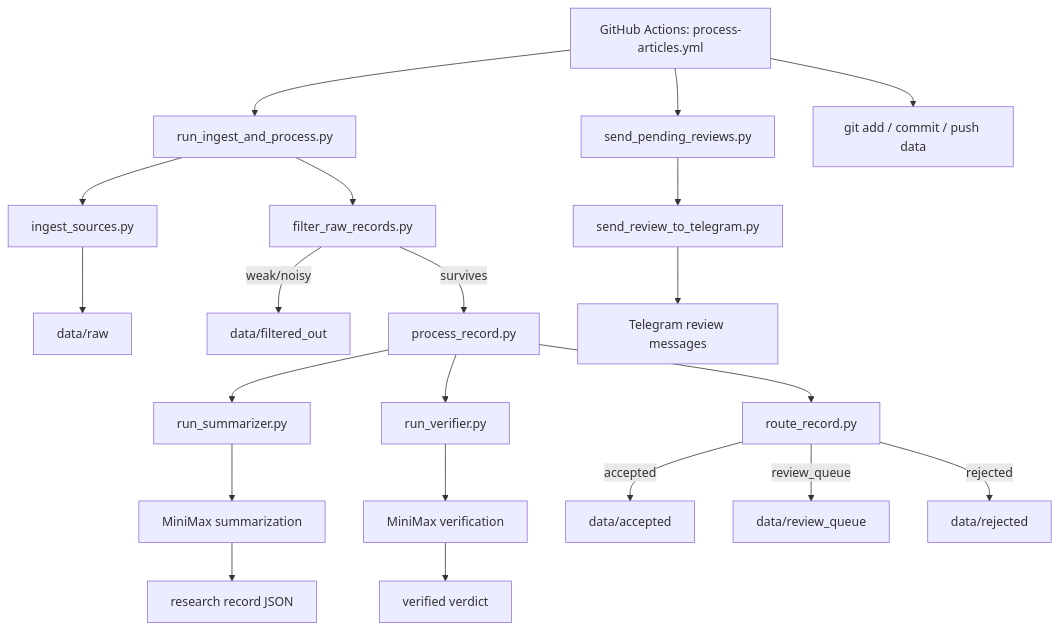
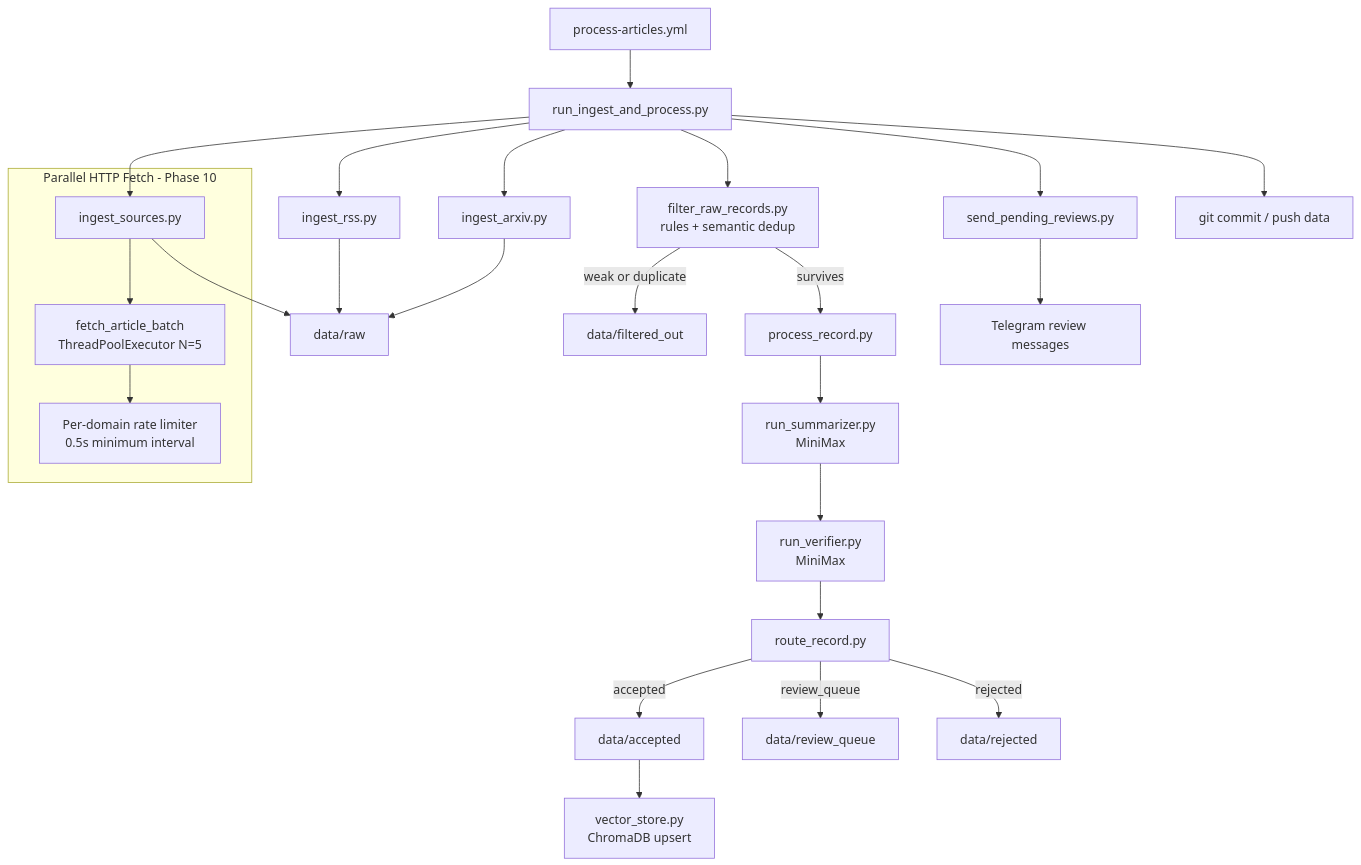
Before and after one commit to RishiJain905/Finance-Research-Archive: the second of 16 diagrams in README.md, drawn with Mermaid. The commit also changed other lines of this file, not shown here.

First line of the commit message:
docs: update README for all 10 V3 phases complete with new mermaid diagrams

````diff
--- a/README.md
+++ b/README.md
@@ -193,28 +180,34 @@
 ```mermaid
 flowchart TD
-    A[GitHub Actions: process-articles.yml] --> B[run_ingest_and_process.py]
-    B --> C[ingest_sources.py]
-    C --> D[data/raw]
-    B --> E[filter_raw_records.py]
-    E -->|weak/noisy| F[data/filtered_out]
-    E -->|survives| G[process_record.py]
+    A[process-articles.yml] --> ORC[run_ingest_and_process.py]
 
-    G --> H[run_summarizer.py]
-    H --> H1[MiniMax summarization]
-    H1 --> I[research record JSON]
+    ORC --> IS[ingest_sources.py]
+    ORC --> RSS[ingest_rss.py]
+    ORC --> ARX[ingest_arxiv.py]
 
-    G --> J[run_verifier.py]
-    J --> J1[MiniMax verification]
-    J1 --> K[verified verdict]
+    subgraph ParallelFetch [Parallel HTTP Fetch - Phase 10]
+        IS --> PF[fetch_article_batch<br/>ThreadPoolExecutor N=5]
+        PF --> DL[Per-domain rate limiter<br/>0.5s minimum interval]
+    end
 
-    G --> L[route_record.py]
-    L -->|accepted| M[data/accepted]
-    L -->|review_queue| N[data/review_queue]
-    L -->|rejected| O[data/rejected]
+    IS & RSS & ARX --> RAW[data/raw]
 
-    A --> P[send_pending_reviews.py]
-    P --> Q[send_review_to_telegram.py]
-    Q --> R[Telegram review messages]
+    ORC --> FILT[filter_raw_records.py<br/>rules + semantic dedup]
+    FILT -->|weak or duplicate| FO[data/filtered_out]
+    FILT -->|survives| PR[process_record.py]
 
-    A --> S[git add / commit / push data]
+    PR --> SUM[run_summarizer.py<br/>MiniMax]
+    SUM --> VER[run_verifier.py<br/>MiniMax]
+    VER --> RTE[route_record.py]
+
+    RTE -->|accepted| ACC[data/accepted]
+    RTE -->|review_queue| RQ[data/review_queue]
+    RTE -->|rejected| REJ[data/rejected]
+
+    ACC --> VS[vector_store.py<br/>ChromaDB upsert]
+
+    ORC --> SPR[send_pending_reviews.py]
+    SPR --> TG[Telegram review messages]
+
+    ORC --> GIT[git commit / push data]
 ```
````
